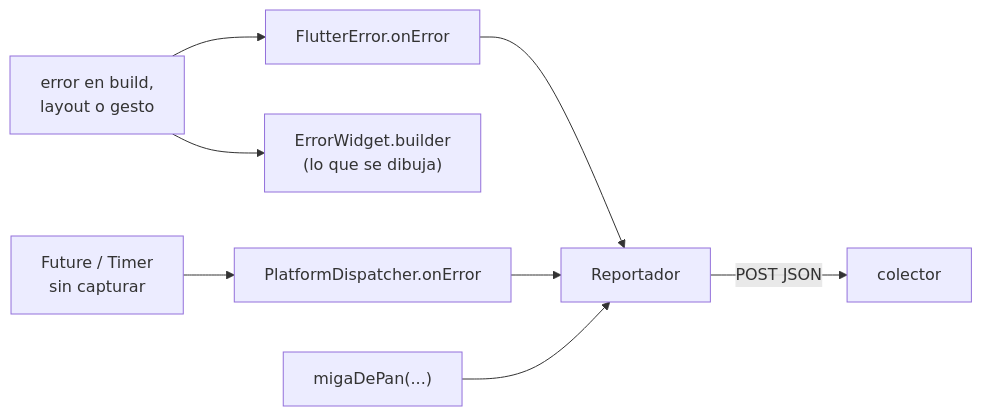
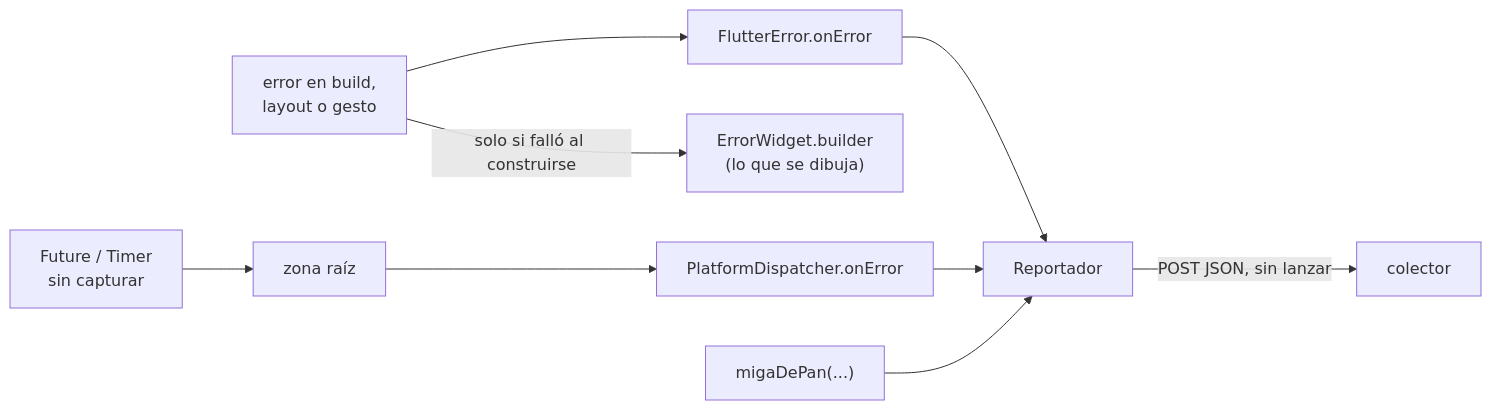
The first of 4 diagrams in web/public/content/flutter/modulo-13.md (NICORUIZ93/The_Imperial_Book), drawn with Mermaid before and after one commit. The commit also changed other lines of this file and 65 other files, not shown here.

````diff
--- a/web/public/content/flutter/modulo-13.md
+++ b/web/public/content/flutter/modulo-13.md
@@ -114,10 +176,10 @@
 ```mermaid
 flowchart LR
     B["error en build,<br/>layout o gesto"] --> FE["FlutterError.onError"]
-    B --> EW["ErrorWidget.builder<br/>(lo que se dibuja)"]
-    A["Future / Timer<br/>sin capturar"] --> PD["PlatformDispatcher.onError"]
+    B -->|"solo si falló al construirse"| EW["ErrorWidget.builder<br/>(lo que se dibuja)"]
+    A["Future / Timer<br/>sin capturar"] --> Z["zona raíz"] --> PD["PlatformDispatcher.onError"]
     FE --> R["Reportador"]
     PD --> R
     M["migaDePan(...)"] --> R
-    R -->|"POST JSON"| C["colector"]
+    R -->|"POST JSON, sin lanzar"| C["colector"]
 ```
````
